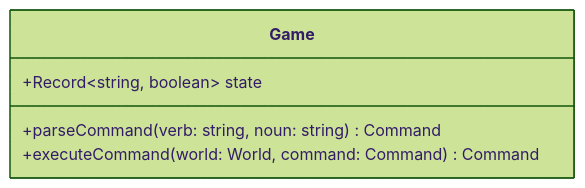
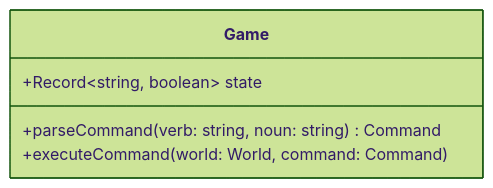
The diagram in README.md (flipactual/text-adventure-experiment), drawn with Mermaid (forest theme) before and after one commit.

````diff
--- a/README.md
+++ b/README.md
@@ -3,8 +3,8 @@
 ```mermaid
 classDiagram
 class Game {
   +Record~string, boolean~ state
   +parseCommand(verb: string, noun: string) Command
-  +executeCommand(world: World, command: Command) Command
+  +executeCommand(world: World, command: Command)
 }
 ```
````
